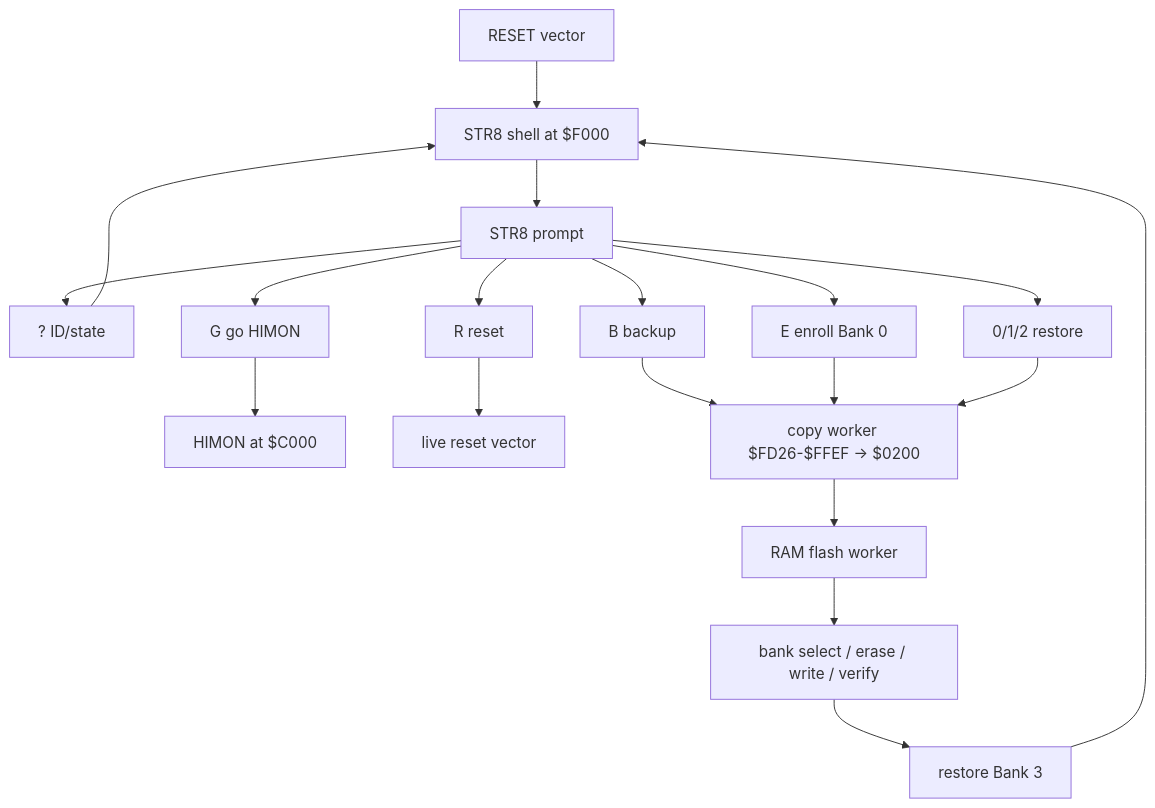
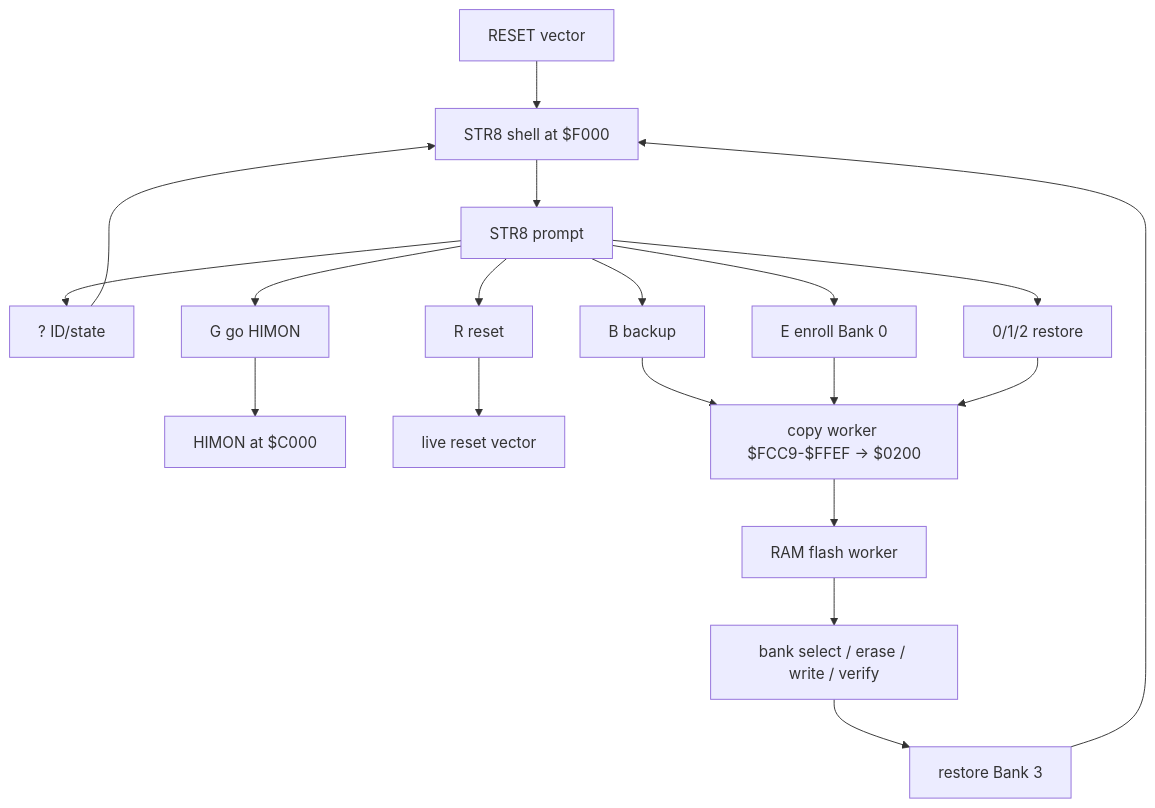
One commit to 95westus/R-YORS changed the second of 3 diagrams in DOC/GUIDES/STR8/STR8.md. Above: the diagram before and after it, drawn with Mermaid. The commit also changed other lines of this file and 26 other files, not shown here.

````diff
--- a/DOC/GUIDES/STR8/STR8.md
+++ b/DOC/GUIDES/STR8/STR8.md
@@ -609,25 +612,25 @@
 ```mermaid
 flowchart TD
     RESET[RESET vector] --> STR8[STR8 shell at $F000]
     STR8 --> PROMPT[STR8 prompt]
 
     PROMPT --> Q[? ID/state]
     PROMPT --> B[B backup]
     PROMPT --> E[E enroll Bank 0]
     PROMPT --> RST[0/1/2 restore]
     PROMPT --> G[G go HIMON]
     PROMPT --> R[R reset]
 
     G --> HIMON[HIMON at $C000]
     R --> RESETV[live reset vector]
 
-    B --> COPY[copy worker $FD26-$FFEF -> $0200]
+    B --> COPY[copy worker $FCC9-$FFEF -> $0200]
     E --> COPY
     RST --> COPY
     COPY --> WORKER[RAM flash worker]
     WORKER --> FLASH[bank select / erase / write / verify]
     FLASH --> BANK3[restore Bank 3]
     BANK3 --> STR8
 
     Q --> STR8
 ```
````
